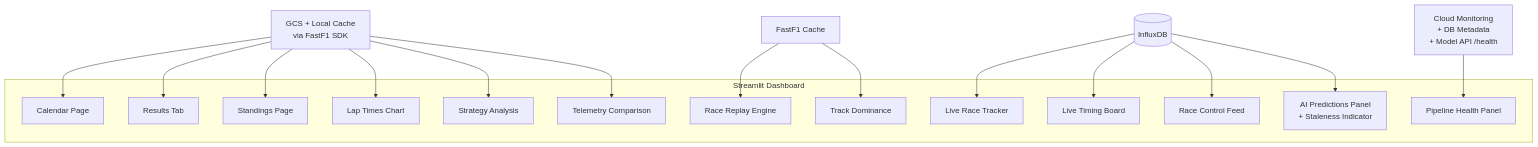
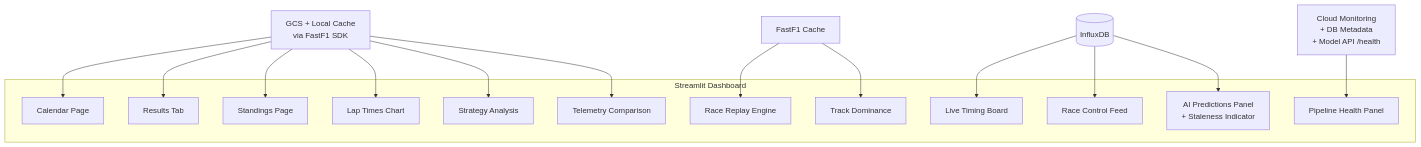
The eighth of 11 diagrams in revised_plan.md (nmk-k66-uet/F1-Chubby-Data), drawn with Mermaid before and after one commit. The commit also changed other lines of this file, not shown here.

````diff
--- a/revised_plan.md
+++ b/revised_plan.md
@@ -459,23 +445,22 @@
 ```mermaid
 flowchart TD
     subgraph Streamlit Dashboard
         CAL[Calendar Page]
         RES[Results Tab]
         STAND[Standings Page]
         LAPS[Lap Times Chart]
         STRAT[Strategy Analysis]
         TEL[Telemetry Comparison]
         REPLAY[Race Replay Engine]
         DOM[Track Dominance]
-        LIVE_T[Live Race Tracker]
         LIVE_TM[Live Timing Board]
         LIVE_RC[Race Control Feed]
         LIVE_P[AI Predictions Panel<br/>+ Staleness Indicator]
         HEALTH[Pipeline Health Panel]
     end
 
     GCS_CACHE[GCS + Local Cache<br/>via FastF1 SDK] --> CAL & RES & STAND & LAPS & STRAT & TEL
-    INFLUX[(InfluxDB)] --> LIVE_T & LIVE_TM & LIVE_RC & LIVE_P
+    INFLUX[(InfluxDB)] --> LIVE_TM & LIVE_RC & LIVE_P
     FF1[FastF1 Cache] --> REPLAY & DOM
     MONITOR[Cloud Monitoring<br/>+ DB Metadata<br/>+ Model API /health] --> HEALTH
 ```
````
